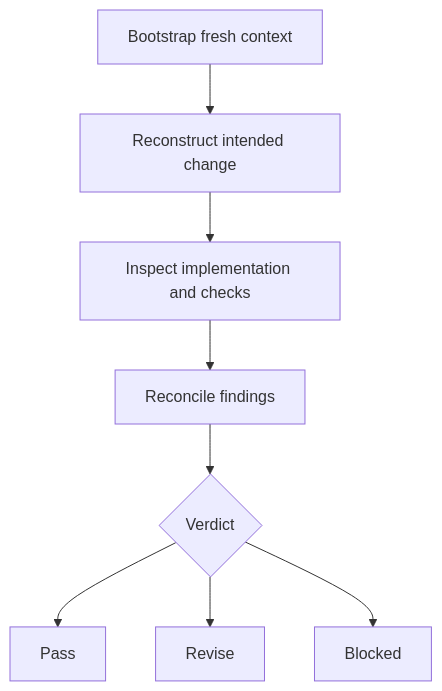
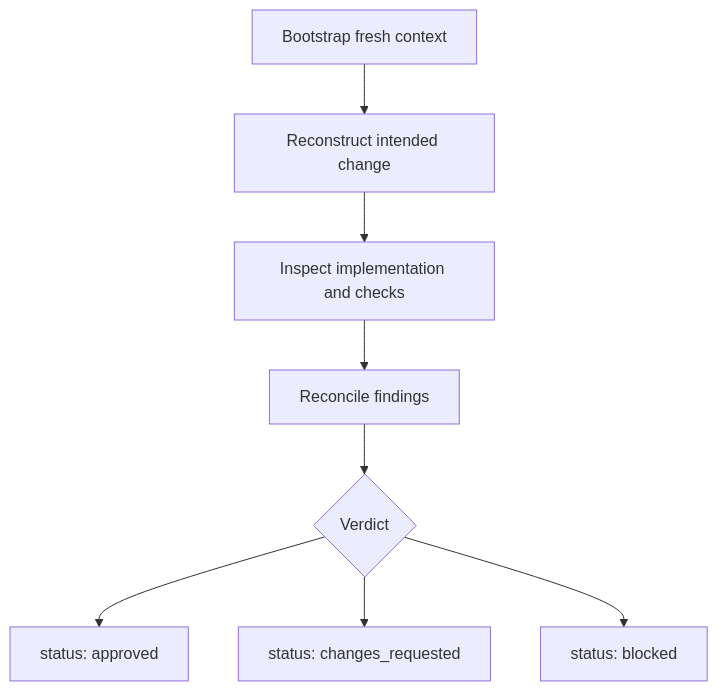
Before and after one commit to mols3131d/hmda-data-reliability: the first of 2 diagrams in .agents/skills/pivot-openspec-rpi/references/review.md, drawn with Mermaid. The commit also changed other lines of this file and 14 other files, not shown here.

````diff
--- a/.agents/skills/pivot-openspec-rpi/references/review.md
+++ b/.agents/skills/pivot-openspec-rpi/references/review.md
@@ -23,16 +23,16 @@
 ```mermaid
 flowchart TD
     A[Bootstrap fresh context]
     B[Reconstruct intended change]
     C[Inspect implementation and checks]
     D[Reconcile findings]
     E{Verdict}
-    P[Pass]
-    R[Revise]
-    X[Blocked]
+    P[status: approved]
+    R[status: changes_requested]
+    X[status: blocked]
 
     A --> B --> C --> D --> E
     E --> P
     E --> R
     E --> X
 ```
````
